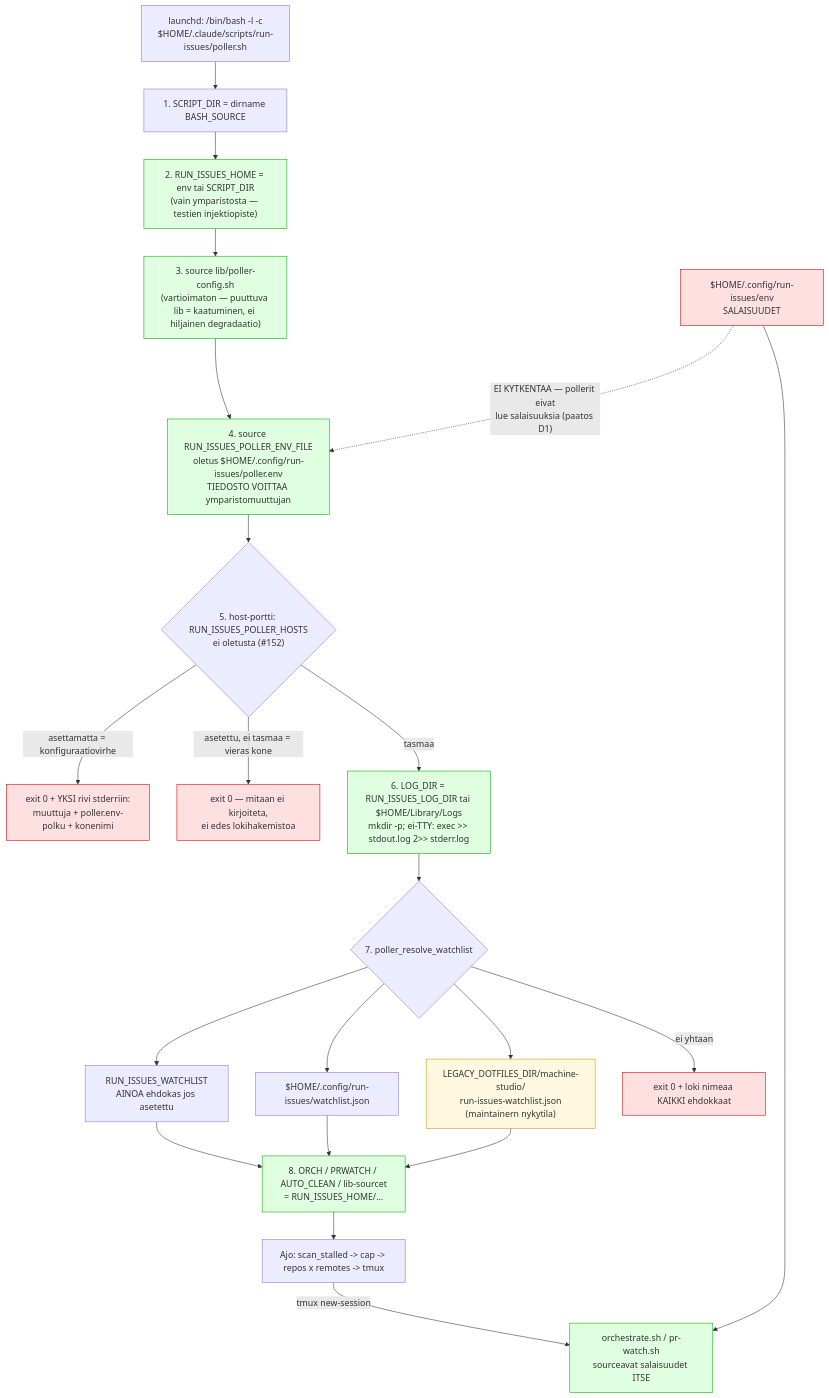
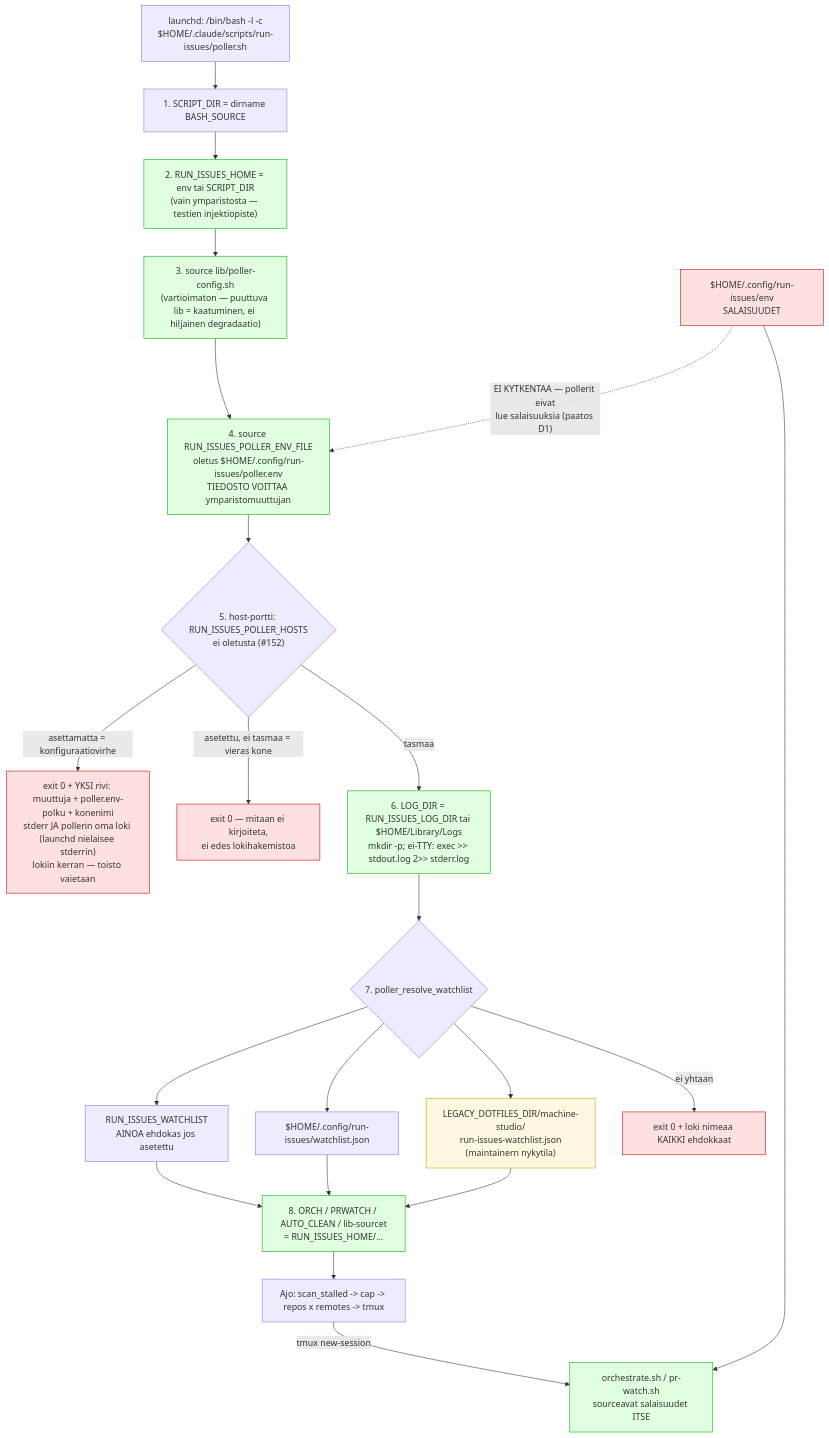
The diagram in docs/diagrams/poller-config-resolution.mmd (Silon-Oy/silon-issue-runner), drawn with Mermaid before and after one commit. The commit also changed 10 other files, not shown here.

```diff
--- a/docs/diagrams/poller-config-resolution.mmd
+++ b/docs/diagrams/poller-config-resolution.mmd
@@ -1,50 +1,50 @@
 %% Author: Architect
 %% Created: 2026-07-31
 %% Topic: Pollerien konfiguraation resolvointijarjestys ja toimituskanava
 %% Task: issue #6 — polkuparametrisointi (RUN_ISSUES_HOME, WATCHLIST, LOG_DIR, POLLER_HOSTS)
 
 flowchart TB
     START["launchd: /bin/bash -l -c<br/>$HOME/.claude/scripts/run-issues/poller.sh"]
 
     S1["1. SCRIPT_DIR = dirname BASH_SOURCE"]
     S2["2. RUN_ISSUES_HOME = env tai SCRIPT_DIR<br/>(vain ymparistosta — testien injektiopiste)"]
     S3["3. source lib/poller-config.sh<br/>(vartioimaton — puuttuva lib = kaatuminen, ei hiljainen degradaatio)"]
     S4["4. source RUN_ISSUES_POLLER_ENV_FILE<br/>oletus $HOME/.config/run-issues/poller.env<br/>TIEDOSTO VOITTAA ymparistomuuttujan"]
     S5{"5. host-portti: RUN_ISSUES_POLLER_HOSTS<br/>ei oletusta (#152)"}
-    UNSET["exit 0 + YKSI rivi stderriin:<br/>muuttuja + poller.env-polku + konenimi"]
+    UNSET["exit 0 + YKSI rivi: muuttuja + poller.env-polku + konenimi<br/>stderr JA pollerin oma loki (launchd nielaisee stderrin)<br/>lokiin kerran — toisto vaietaan"]
     NOOP["exit 0 — mitaan ei kirjoiteta,<br/>ei edes lokihakemistoa"]
     S6["6. LOG_DIR = RUN_ISSUES_LOG_DIR tai $HOME/Library/Logs<br/>mkdir -p; ei-TTY: exec >> stdout.log 2>> stderr.log"]
     S7{"7. poller_resolve_watchlist"}
     S8["8. ORCH / PRWATCH / AUTO_CLEAN / lib-sourcet<br/>= RUN_ISSUES_HOME/..."]
     RUN["Ajo: scan_stalled -> cap -> repos x remotes -> tmux"]
 
     WLE["RUN_ISSUES_WATCHLIST<br/>AINOA ehdokas jos asetettu"]
     WLC["$HOME/.config/run-issues/watchlist.json"]
     WLL["LEGACY_DOTFILES_DIR/machine-studio/<br/>run-issues-watchlist.json<br/>(maintainern nykytila)"]
     WLMISS["exit 0 + loki nimeaa KAIKKI ehdokkaat"]
 
     SECRET["$HOME/.config/run-issues/env<br/>SALAISUUDET"]
     CHILD["orchestrate.sh / pr-watch.sh<br/>sourceavat salaisuudet ITSE"]
 
     START --> S1 --> S2 --> S3 --> S4 --> S5
     S5 -->|"asettamatta = konfiguraatiovirhe"| UNSET
     S5 -->|"asetettu, ei tasmaa = vieras kone"| NOOP
     S5 -->|"tasmaa"| S6 --> S7
     S7 --> WLE
     S7 --> WLC
     S7 --> WLL
     S7 -->|"ei yhtaan"| WLMISS
     WLE --> S8
     WLC --> S8
     WLL --> S8
     S8 --> RUN
     RUN -->|tmux new-session| CHILD
     SECRET --> CHILD
     SECRET -.->|"EI KYTKENTAA — pollerit eivat<br/>lue salaisuuksia (paatos D1)"| S4
 
     classDef legacy fill:#fff8e0,stroke:#c90
     classDef safe fill:#e0ffe0,stroke:#0a0
     classDef stop fill:#ffe0e0,stroke:#c00
     class WLL legacy
     class S2,S3,S4,S6,S8,CHILD safe
     class UNSET,NOOP,WLMISS,SECRET stop
```
